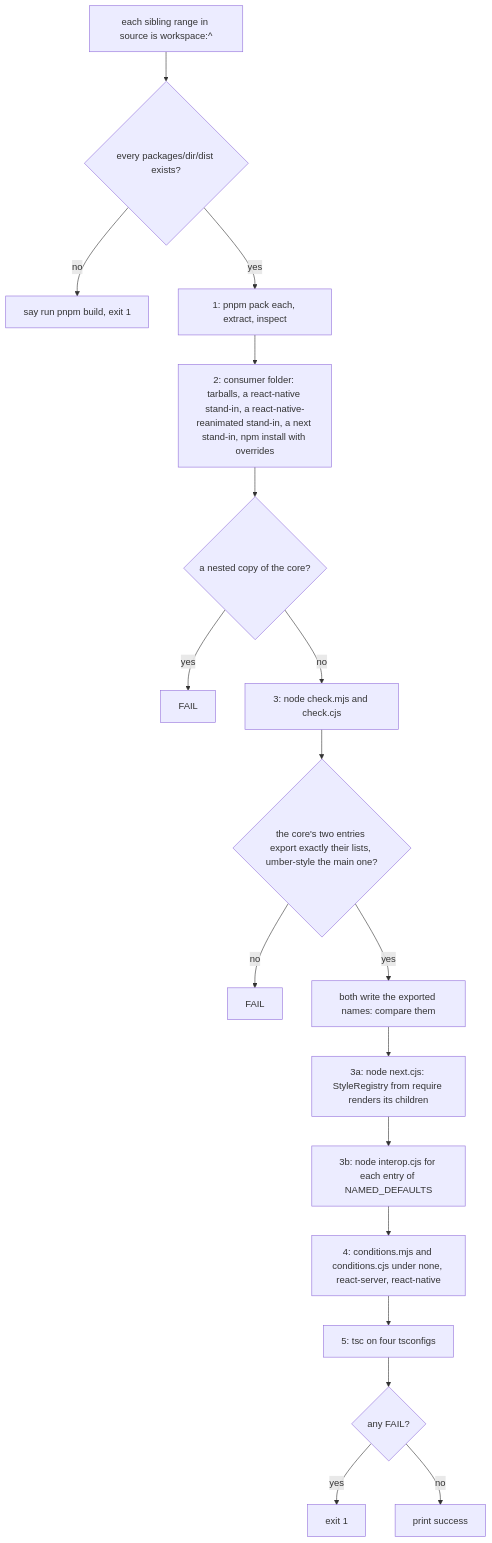
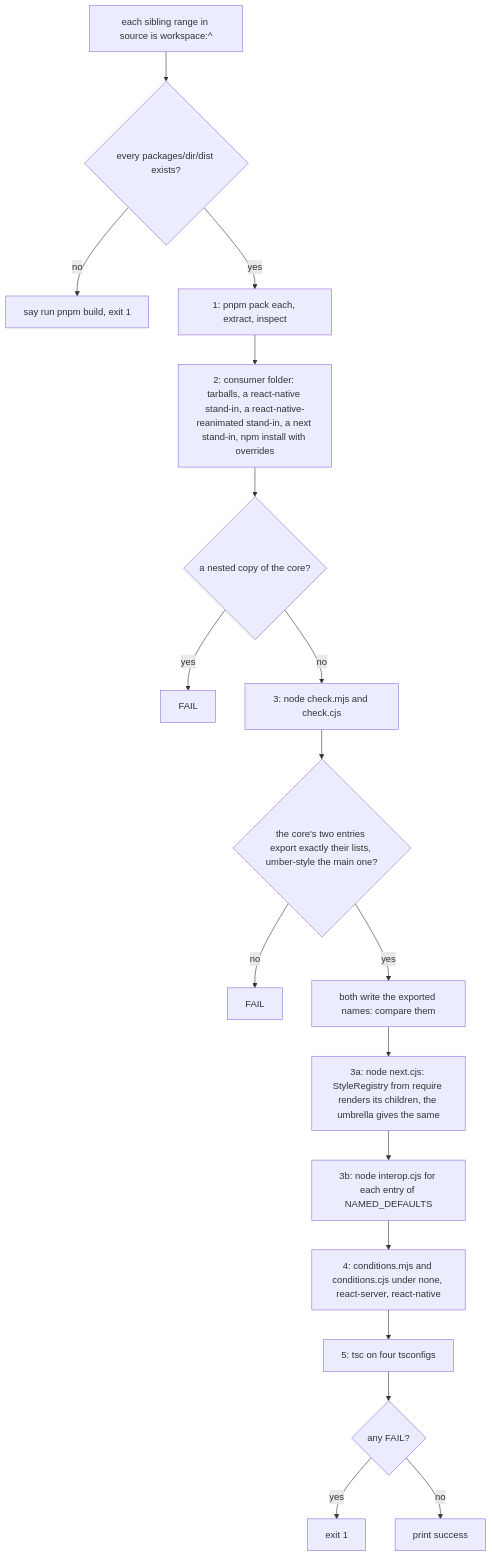
One commit to soroush-tech/umber-style changed the diagram in scripts/smoke-packed.md. Above: the diagram before and after it, drawn with Mermaid. The commit also changed other lines of this file and 61 other files, not shown here.

Commit message:
test: the registry runs on Next.js 16.3 and 16.4, on the edge runtime and under partial prerendering, and umber-style/react/next re-exports it - close #78

````diff
--- a/scripts/smoke-packed.md
+++ b/scripts/smoke-packed.md
@@ -27,20 +28,20 @@
 ```mermaid
 flowchart TD
   s0["each sibling range in source is workspace:^"] --> dist{"every packages/dir/dist exists?"}
   dist -->|no| stop["say run pnpm build, exit 1"]
   dist -->|yes| s1["1: pnpm pack each, extract, inspect"]
   s1 --> s2["2: consumer folder: tarballs, a react-native stand-in, a react-native-reanimated stand-in, a next stand-in, npm install with overrides"]
   s2 --> one{"a nested copy of the core?"}
   one -->|yes| f1["FAIL"]
   one -->|no| s3["3: node check.mjs and check.cjs"]
   s3 --> exact{"the core's two entries export exactly their lists, umber-style the main one?"}
   exact -->|no| f2["FAIL"]
   exact -->|yes| keys["both write the exported names: compare them"]
-  keys --> s3a["3a: node next.cjs: StyleRegistry from require renders its children"]
+  keys --> s3a["3a: node next.cjs: StyleRegistry from require renders its children, the umbrella gives the same"]
   s3a --> s3b["3b: node interop.cjs for each entry of NAMED_DEFAULTS"]
   s3b --> s4["4: conditions.mjs and conditions.cjs under none, react-server, react-native"]
   s4 --> s5["5: tsc on four tsconfigs"]
   s5 --> end1{"any FAIL?"}
   end1 -->|yes| exit1["exit 1"]
   end1 -->|no| done["print success"]
 ```
````
